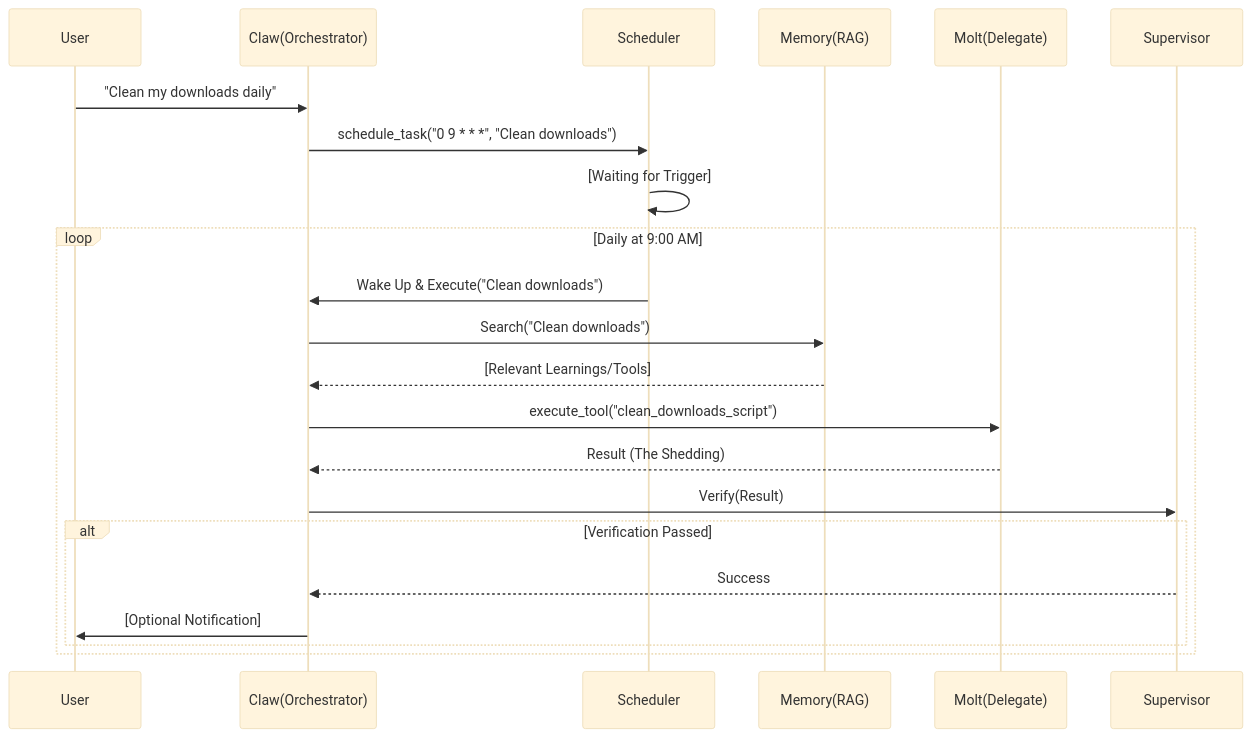
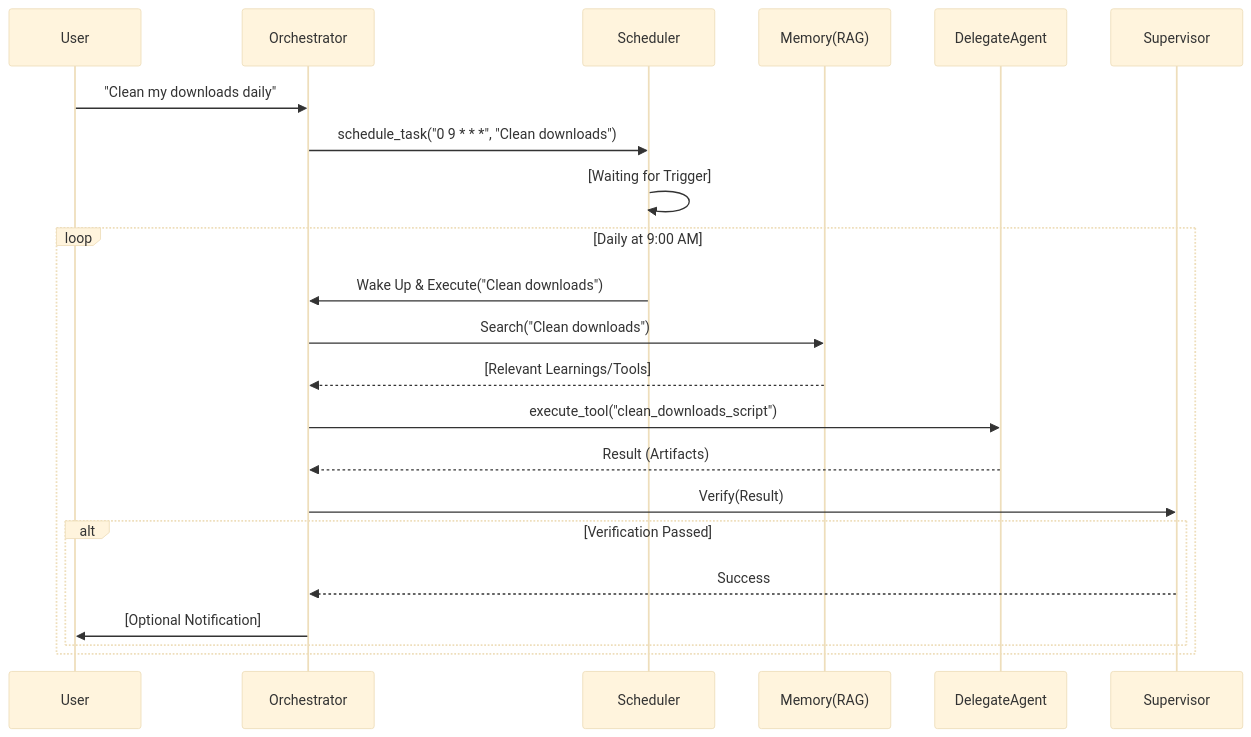
Before and after one commit to stancsz/simple-cli: the diagram in docs/specs.md, drawn with Mermaid (base theme). The commit also changed other lines of this file, not shown here.

Commit message:
docs: use concise terminology (Orchestrator/Delegate) and move Claw/Molt metaphors to appendix

````diff
--- a/docs/specs.md
+++ b/docs/specs.md
@@ -46,27 +26,27 @@
 ```mermaid
 sequenceDiagram
     participant User
-    participant Claw(Orchestrator)
+    participant Orchestrator
     participant Scheduler
     participant Memory(RAG)
-    participant Molt(Delegate)
+    participant DelegateAgent
     participant Supervisor
 
-    User->>Claw(Orchestrator): "Clean my downloads daily"
-    Claw(Orchestrator)->>Scheduler: schedule_task("0 9 * * *", "Clean downloads")
+    User->>Orchestrator: "Clean my downloads daily"
+    Orchestrator->>Scheduler: schedule_task("0 9 * * *", "Clean downloads")
     Scheduler->>Scheduler: [Waiting for Trigger]
     
     loop Daily at 9:00 AM
-        Scheduler->>Claw(Orchestrator): Wake Up & Execute("Clean downloads")
-        Claw(Orchestrator)->>Memory(RAG): Search("Clean downloads")
-        Memory(RAG)-->>Claw(Orchestrator): [Relevant Learnings/Tools]
-        Claw(Orchestrator)->>Molt(Delegate): execute_tool("clean_downloads_script")
-        Molt(Delegate)-->>Claw(Orchestrator): Result (The Shedding)
-        Claw(Orchestrator)->>Supervisor: Verify(Result)
+        Scheduler->>Orchestrator: Wake Up & Execute("Clean downloads")
+        Orchestrator->>Memory(RAG): Search("Clean downloads")
+        Memory(RAG)-->>Orchestrator: [Relevant Learnings/Tools]
+        Orchestrator->>DelegateAgent: execute_tool("clean_downloads_script")
+        DelegateAgent-->>Orchestrator: Result (Artifacts)
+        Orchestrator->>Supervisor: Verify(Result)
         
         alt Verification Passed
-            Supervisor-->>Claw(Orchestrator): Success
-            Claw(Orchestrator)->>User: [Optional Notification]
+            Supervisor-->>Orchestrator: Success
+            Orchestrator->>User: [Optional Notification]
         end
     end
 ```
````
